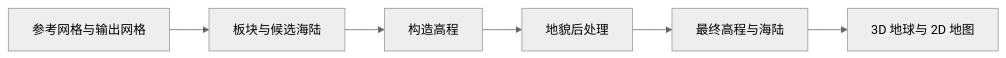
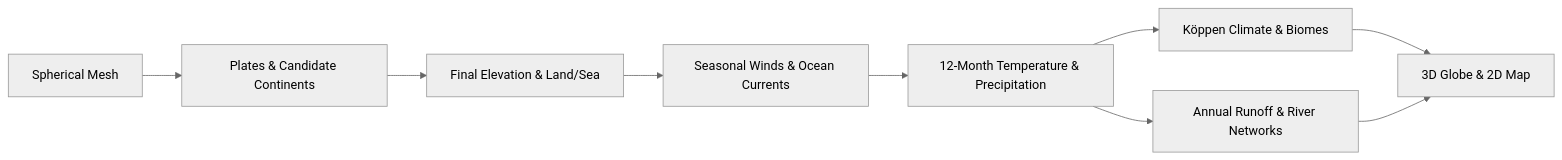
Before and after one commit to 42arch/another-earth-generator: the diagram in docs/wiki/README.md, drawn with Mermaid (neutral theme). The commit also changed other lines of this file and 33 other files, not shown here.

````diff
--- a/docs/wiki/README.md
+++ b/docs/wiki/README.md
@@ -30,8 +22,11 @@
 ```mermaid
 flowchart LR
-    A[参考网格与输出网格] --> B[板块与候选海陆]
-    B --> C[构造高程]
-    C --> D[地貌后处理]
-    D --> E[最终高程与海陆]
-    E --> F[3D 地球与 2D 地图]
+  A[Spherical Mesh] --> B[Plates & Candidate Continents]
+  B --> C[Final Elevation & Land/Sea]
+  C --> D[Seasonal Winds & Ocean Currents]
+  D --> E[12-Month Temperature & Precipitation]
+  E --> F[Köppen Climate & Biomes]
+  E --> G[Annual Runoff & River Networks]
+  F --> H[3D Globe & 2D Map]
+  G --> H
 ```
````
